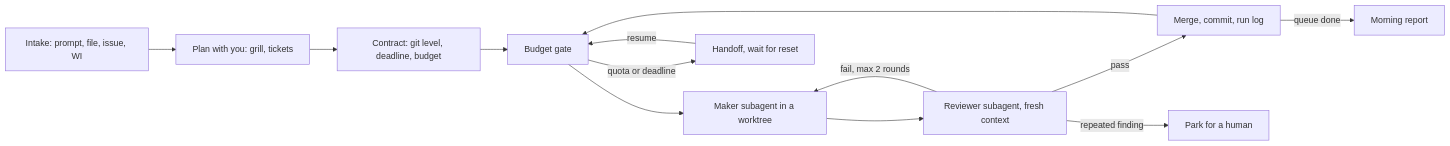
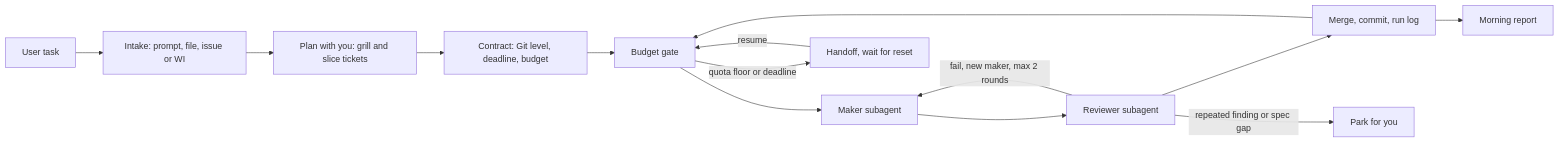
One commit to encryptedarc/robusta changed the second of 2 diagrams in README.md. Above: the diagram before and after it, drawn with Mermaid. The commit also changed other lines of this file, not shown here.

````diff
--- a/README.md
+++ b/README.md
@@ -60,15 +74,16 @@
 ```mermaid
 flowchart LR
-    I[Intake: prompt, file, issue, WI] --> P[Plan with you: grill, tickets]
-    P --> C[Contract: git level, deadline, budget]
+    U[User task] --> I[Intake: prompt, file, issue or WI]
+    I --> P[Plan with you: grill and slice tickets]
+    P --> C[Contract: Git level, deadline, budget]
     C --> G[Budget gate]
-    G --> M[Maker subagent in a worktree]
-    M --> R[Reviewer subagent, fresh context]
-    R -->|pass| X[Merge, commit, run log]
-    R -->|fail, max 2 rounds| M
-    R -->|repeated finding| K[Park for a human]
+    G --> M[Maker subagent]
+    M --> R[Reviewer subagent]
+    R --> X[Merge, commit, run log]
     X --> G
-    G -->|quota or deadline| H[Handoff, wait for reset]
+    X --> O[Morning report]
+    R -->|fail, new maker, max 2 rounds| M
+    R -->|repeated finding or spec gap| K[Park for you]
+    G -->|quota floor or deadline| H[Handoff, wait for reset]
     H -->|resume| G
-    X -->|queue done| O[Morning report]
 ```
````
